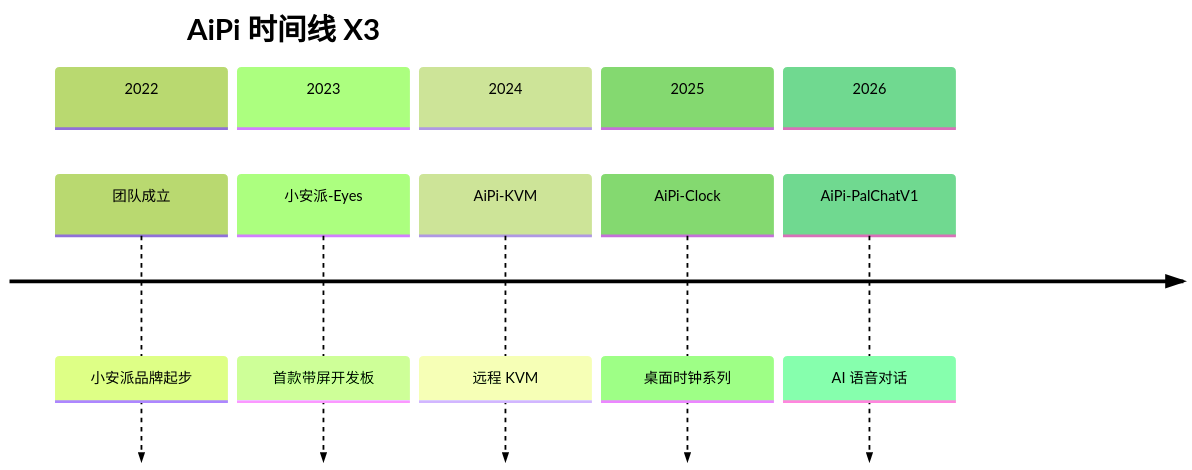
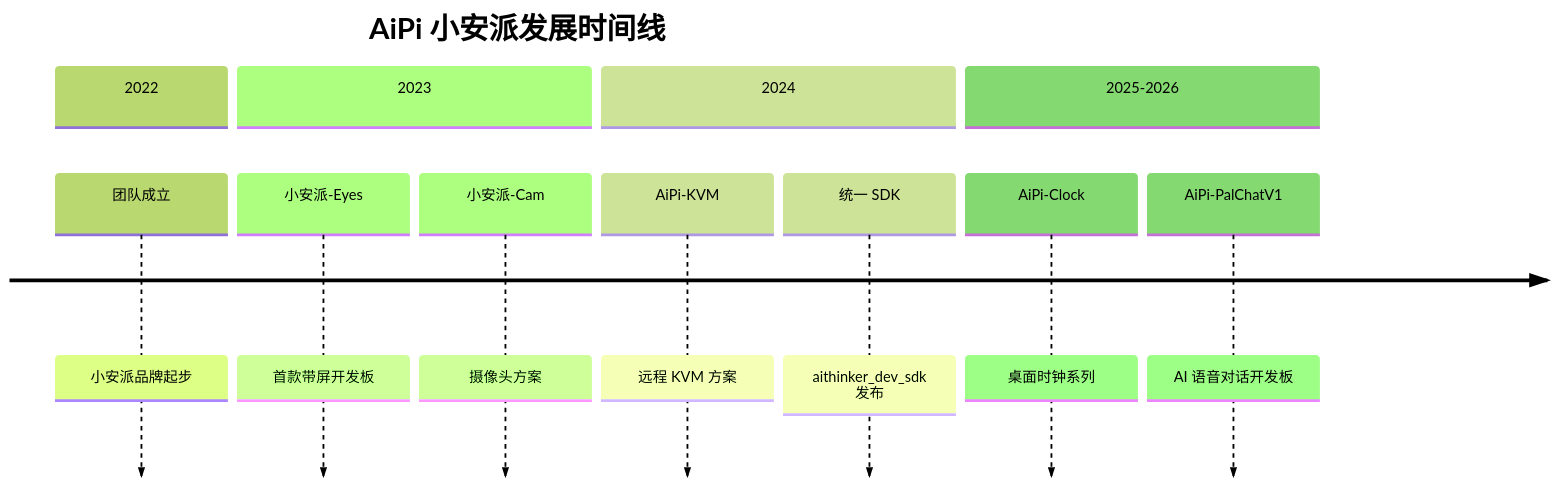
The diagram in t.md (Ai-Thinker-AiPi/.github), drawn with Mermaid (forest theme) before and after one commit. The commit also changed other lines of this file, not shown here.

````diff
--- a/t.md
+++ b/t.md
@@ -33,14 +3,15 @@
 ```mermaid
 timeline
-    title AiPi 时间线 X3
+    title AiPi 小安派发展时间线
     section 2022
         团队成立 : 小安派品牌起步
     section 2023
         小安派-Eyes : 首款带屏开发板
+        小安派-Cam : 摄像头方案
     section 2024
-        AiPi-KVM : 远程 KVM
-    section 2025
+        AiPi-KVM : 远程 KVM 方案
+        统一 SDK : aithinker_dev_sdk 发布
+    section 2025-2026
         AiPi-Clock : 桌面时钟系列
-    section 2026
-        AiPi-PalChatV1 : AI 语音对话
+        AiPi-PalChatV1 : AI 语音对话开发板
 ```
````
